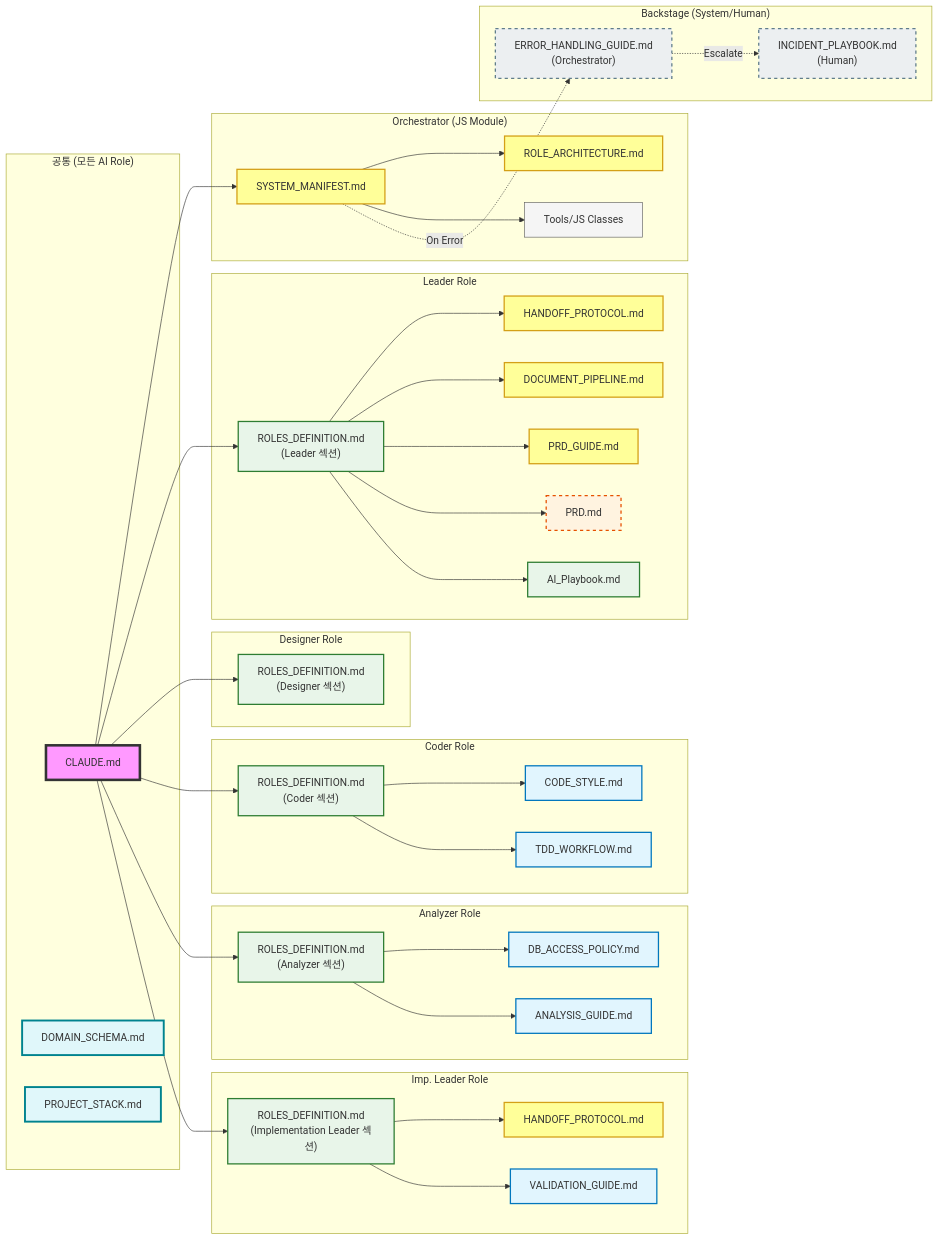
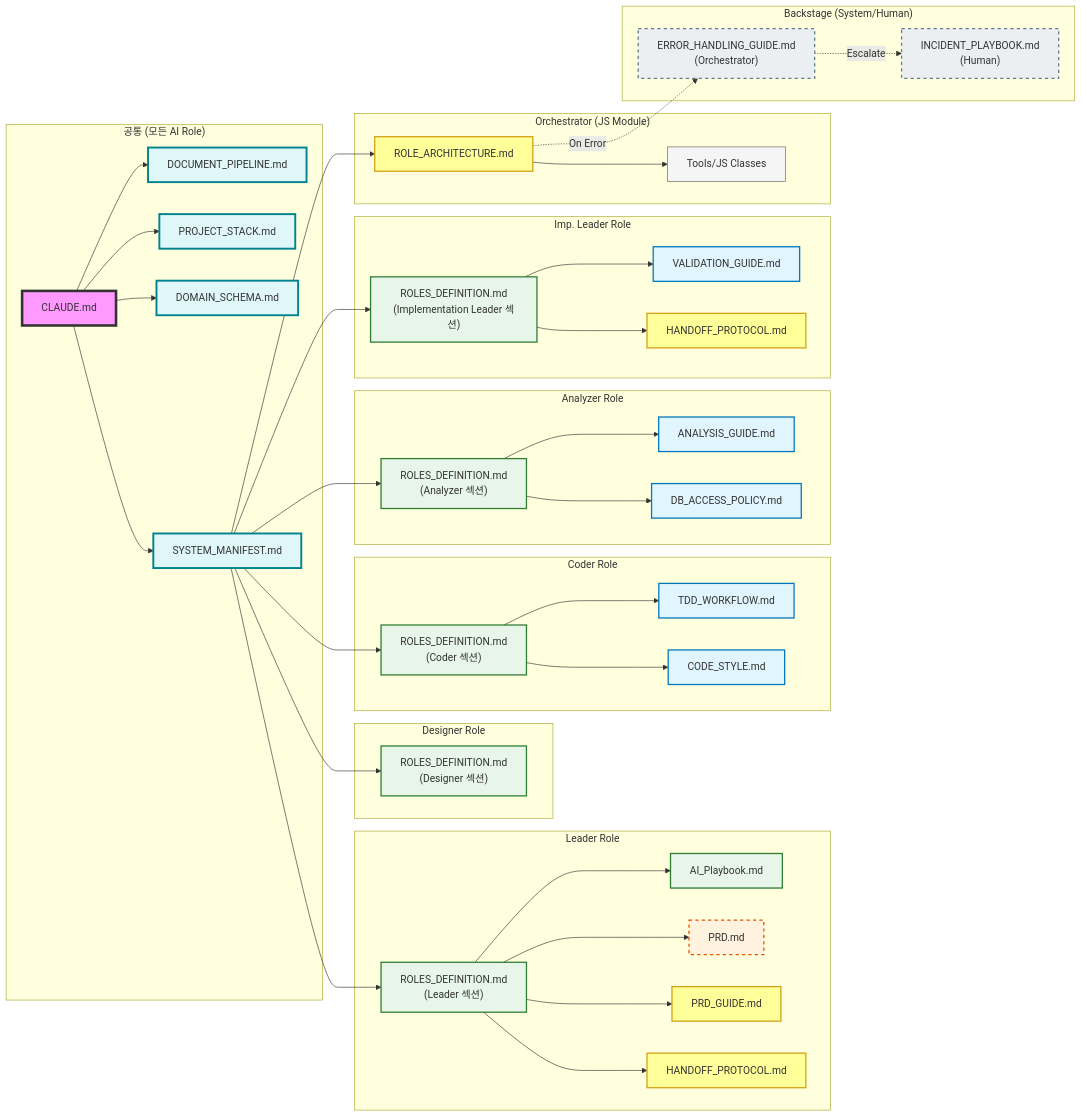
One commit to Jelly1104/orchestrator changed the second of 7 diagrams in ATO-System-B/.claude/README.md. Above: the diagram before and after it, drawn with Mermaid. The commit also changed other lines of this file and 53 other files, not shown here.

````diff
--- a/ATO-System-B/.claude/README.md
+++ b/ATO-System-B/.claude/README.md
@@ -127,12 +127,13 @@
 
     subgraph COMMON ["공통 (모든 AI Role)"]
         ROOT["CLAUDE.md"]:::root
+        COM_MANIFEST["SYSTEM_MANIFEST.md"]:::common
         COM_SCHEMA["DOMAIN_SCHEMA.md"]:::common
         COM_STACK["PROJECT_STACK.md"]:::common
+        COM_DOCPIPE["DOCUMENT_PIPELINE.md"]:::common
     end
 
     subgraph ORC ["Orchestrator (JS Module)"]
-        ORC_MAN["SYSTEM_MANIFEST.md"]:::protocol
         ORC_ARCH["ROLE_ARCHITECTURE.md"]:::protocol
         ORC_TOOLS["Tools/JS Classes"]:::tool
     end
@@ -140,7 +141,6 @@
     subgraph LEADER ["Leader Role"]
         L_ROLES["ROLES_DEFINITION.md<br/>(Leader 섹션)"]:::def
         L_HANDOFF["HANDOFF_PROTOCOL.md"]:::protocol
-        L_DOCPIPE["DOCUMENT_PIPELINE.md"]:::protocol
         L_PRDGUIDE["PRD_GUIDE.md"]:::protocol
         L_PRD["PRD.md"]:::input
         L_PLAYBOOK["AI_Playbook.md"]:::def
@@ -173,18 +173,21 @@
         B_INCIDENT["INCIDENT_PLAYBOOK.md<br/>(Human)"]:::backstage
     end
 
-    ROOT --> ORC_MAN
-    ROOT --> L_ROLES
-    ROOT --> D_ROLES
-    ROOT --> C_ROLES
-    ROOT --> A_ROLES
-    ROOT --> I_ROLES
+    ROOT --> COM_MANIFEST
+    ROOT --> COM_SCHEMA
+    ROOT --> COM_STACK
+    ROOT --> COM_DOCPIPE
 
-    ORC_MAN --> ORC_ARCH
-    ORC_MAN --> ORC_TOOLS
+    COM_MANIFEST --> L_ROLES
+    COM_MANIFEST --> D_ROLES
+    COM_MANIFEST --> C_ROLES
+    COM_MANIFEST --> A_ROLES
+    COM_MANIFEST --> I_ROLES
+    COM_MANIFEST --> ORC_ARCH
+
+    ORC_ARCH --> ORC_TOOLS
 
     L_ROLES --> L_HANDOFF
-    L_ROLES --> L_DOCPIPE
     L_ROLES --> L_PRDGUIDE
     L_ROLES --> L_PRD
     L_ROLES --> L_PLAYBOOK
@@ -198,6 +201,6 @@
     I_ROLES --> I_HANDOFF
     I_ROLES --> I_VALID
 
-    ORC_MAN -.->|On Error| B_ERROR
+    ORC_ARCH -.->|On Error| B_ERROR
     B_ERROR -.->|Escalate| B_INCIDENT
 ```
````
